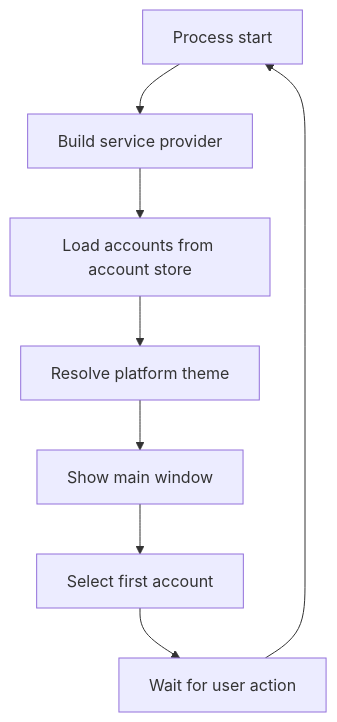
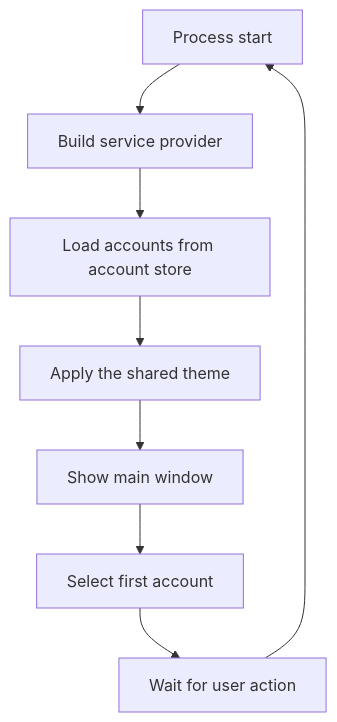
One commit to hmlendea/steam-guard-desktop changed the third of 8 diagrams in ARCHITECTURE.md. Above: the diagram before and after it, drawn with Mermaid. The commit also changed other lines of this file and 34 other files, not shown here.

Commit message:
dev: Replace platform theming with a single fixed visual theme

````diff
--- a/ARCHITECTURE.md
+++ b/ARCHITECTURE.md
@@ -87,10 +87,10 @@
 ```mermaid
 flowchart TD
     Start[Process start] --> Build[Build service provider]
     Build --> LoadAccounts[Load accounts from account store]
-    LoadAccounts --> ResolveTheme[Resolve platform theme]
-    ResolveTheme --> ShowWindow[Show main window]
+    LoadAccounts --> ApplyTheme[Apply the shared theme]
+    ApplyTheme --> ShowWindow[Show main window]
     ShowWindow --> InitialAccount[Select first account]
     InitialAccount --> UserAction[Wait for user action]
     UserAction --> Start
 ```
````
